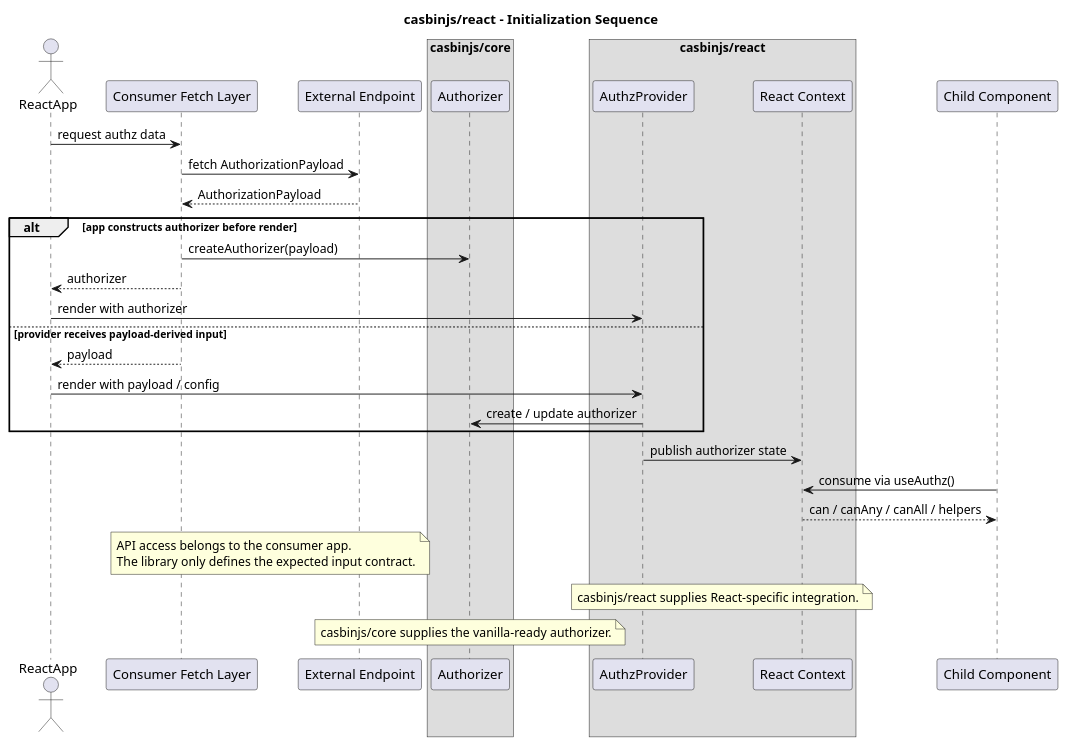
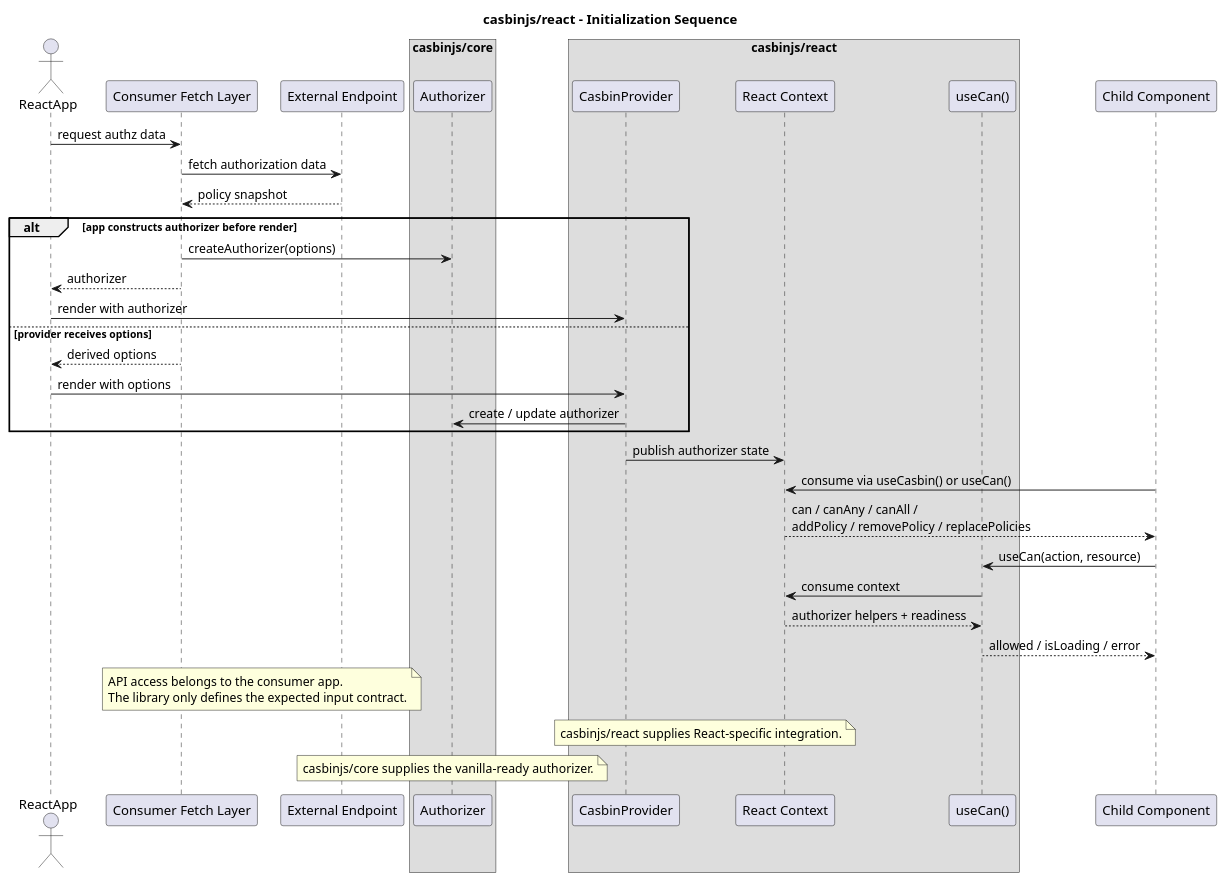
Before and after one commit to proveo-ca/casbinjs: the diagram in _spec/react/init-sequence.puml, drawn with PlantUML. The commit also changed 22 other files, not shown here.

```diff
--- a/_spec/react/init-sequence.puml
+++ b/_spec/react/init-sequence.puml
@@ -1,48 +1,54 @@
 @startuml
 title casbinjs/react - Initialization Sequence
 
 skinparam shadowing false
 
 actor ReactApp as App
 participant "Consumer Fetch Layer" as FetchLayer
 participant "External Endpoint" as Endpoint
 box "casbinjs/core"
 participant "Authorizer" as Authorizer
 end box
 box "casbinjs/react"
-participant "AuthzProvider" as Provider
+participant "CasbinProvider" as Provider
 participant "React Context" as Context
+participant "useCan()" as UseCan
 end box
 participant "Child Component" as Child
 
 App -> FetchLayer : request authz data
-FetchLayer -> Endpoint : fetch AuthorizationPayload
-Endpoint --> FetchLayer : AuthorizationPayload
+FetchLayer -> Endpoint : fetch authorization data
+Endpoint --> FetchLayer : policy snapshot
 
 alt app constructs authorizer before render
-  FetchLayer -> Authorizer : createAuthorizer(payload)
+  FetchLayer -> Authorizer : createAuthorizer(options)
   FetchLayer --> App : authorizer
   App -> Provider : render with authorizer
-else provider receives payload-derived input
-  FetchLayer --> App : payload
-  App -> Provider : render with payload / config
+else provider receives options
+  FetchLayer --> App : derived options
+  App -> Provider : render with options
   Provider -> Authorizer : create / update authorizer
 end
 
 Provider -> Context : publish authorizer state
-Child -> Context : consume via useAuthz()
-Context --> Child : can / canAny / canAll / helpers
+Child -> Context : consume via useCasbin() or useCan()
+Context --> Child : can / canAny / canAll /\naddPolicy / removePolicy / replacePolicies
+
+Child -> UseCan : useCan(action, resource)
+UseCan -> Context : consume context
+Context --> UseCan : authorizer helpers + readiness
+UseCan --> Child : allowed / isLoading / error
 
 note over FetchLayer,Endpoint
 API access belongs to the consumer app.
 The library only defines the expected input contract.
 end note
 
 note over Provider,Context
 casbinjs/react supplies React-specific integration.
 end note
 
 note over Authorizer
 casbinjs/core supplies the vanilla-ready authorizer.
 end note
 @enduml
```
